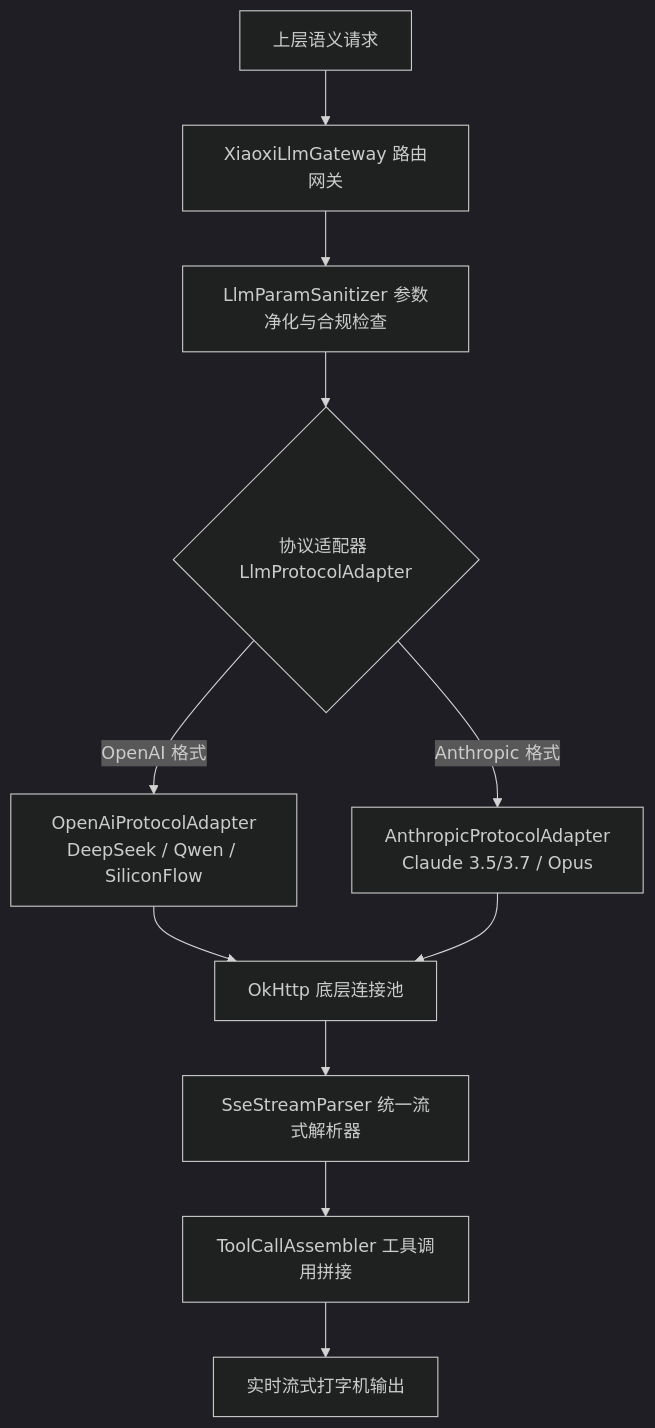
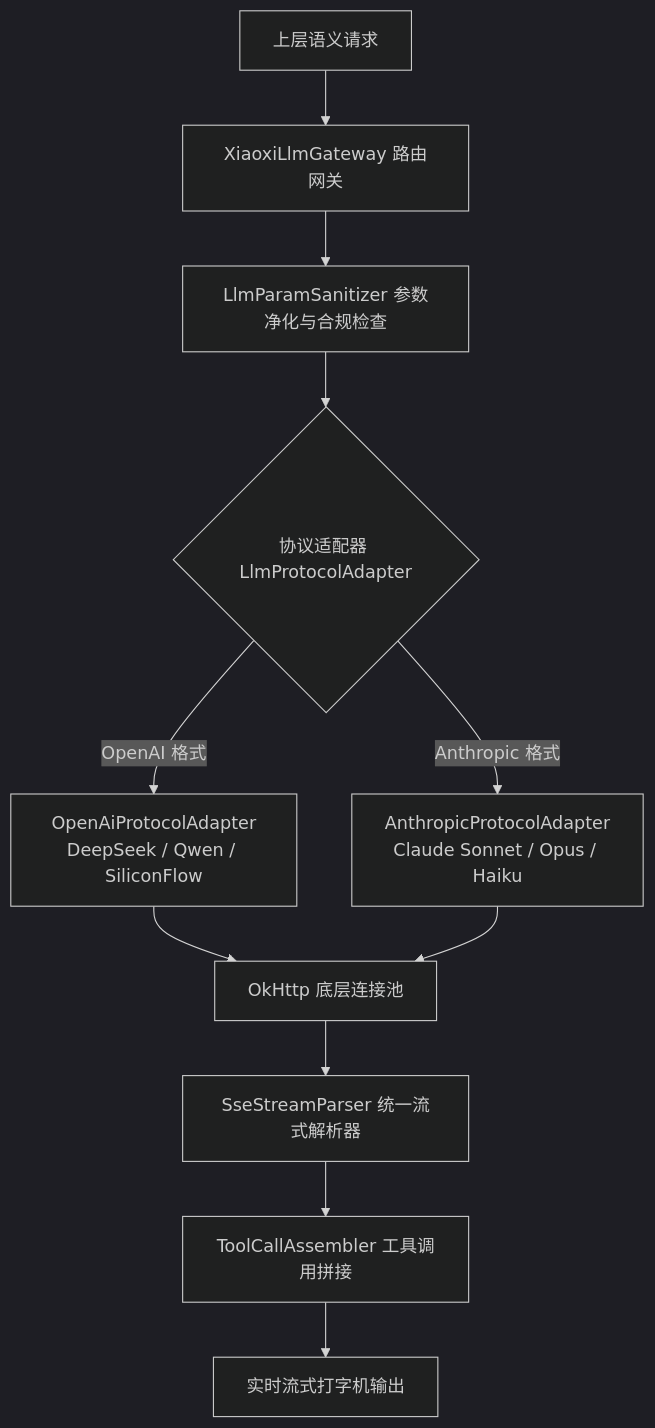
The third of 5 diagrams in 技术架构路线图.md (cjk041220-hash/Lirica), drawn with Mermaid (dark theme) before and after one commit. The commit also changed other lines of this file and 1 other file, not shown here.

Commit message:
docs: 批次1-8 路线图更新Claude模型版本、修正模块工程归属并将3D PAD更正为2D情感空间

````diff
--- a/技术架构路线图.md
+++ b/技术架构路线图.md
@@ -345,14 +345,14 @@
 ```mermaid
 graph TD
     REQ[上层语义请求] --> GW[XiaoxiLlmGateway 路由网关]
     GW --> SAN[LlmParamSanitizer 参数净化与合规检查]
     
     SAN --> ADAPT{协议适配器 LlmProtocolAdapter}
     ADAPT -->|OpenAI 格式| OA[OpenAiProtocolAdapter<br>DeepSeek / Qwen / SiliconFlow]
-    ADAPT -->|Anthropic 格式| AN[AnthropicProtocolAdapter<br>Claude 3.5/3.7 / Opus]
+    ADAPT -->|Anthropic 格式| AN[AnthropicProtocolAdapter<br>Claude Sonnet / Opus / Haiku]
     
     OA & AN --> NET[OkHttp 底层连接池]
     NET --> SSE[SseStreamParser 统一流式解析器]
     SSE --> TOOL[ToolCallAssembler 工具调用拼接]
     TOOL --> RES[实时流式打字机输出]
 ```
````
